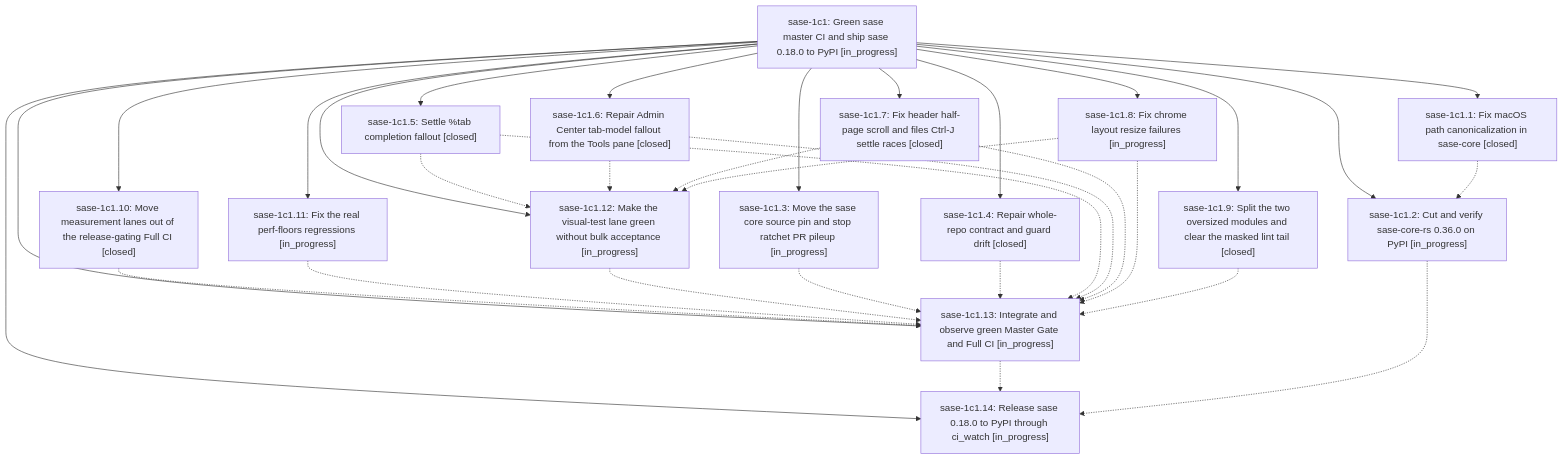
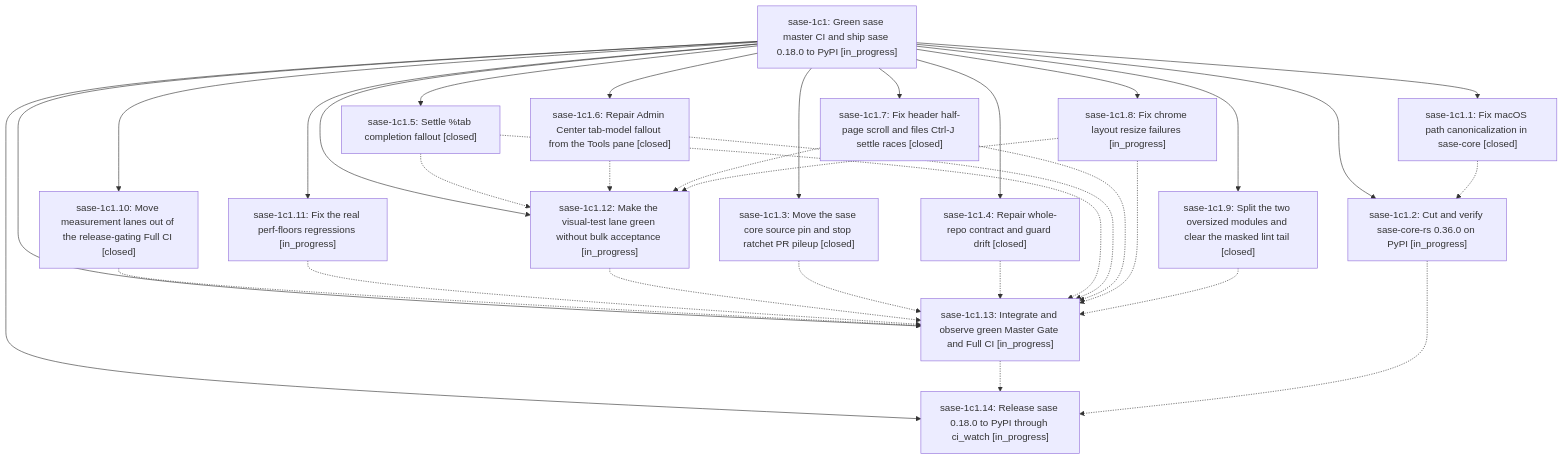
Before and after one commit to sase-org/sase--beads: the diagram in pages/sase-1c1/README.md, drawn with Mermaid. The commit also changed other lines of this file and 5 other files, not shown here.

````diff
--- a/pages/sase-1c1/README.md
+++ b/pages/sase-1c1/README.md
@@ -47,49 +47,49 @@
 ```mermaid
 flowchart TD
     n0["sase-1c1: Green sase master CI and ship sase 0.18.0 to PyPI [in_progress]"]
     n1["sase-1c1.1: Fix macOS path canonicalization in sase-core [closed]"]
     n2["sase-1c1.10: Move measurement lanes out of the release-gating Full CI [closed]"]
     n3["sase-1c1.11: Fix the real perf-floors regressions [in_progress]"]
     n4["sase-1c1.12: Make the visual-test lane green without bulk acceptance [in_progress]"]
     n5["sase-1c1.13: Integrate and observe green Master Gate and Full CI [in_progress]"]
     n6["sase-1c1.14: Release sase 0.18.0 to PyPI through ci_watch [in_progress]"]
     n7["sase-1c1.2: Cut and verify sase-core-rs 0.36.0 on PyPI [in_progress]"]
-    n8["sase-1c1.3: Move the sase core source pin and stop ratchet PR pileup [in_progress]"]
+    n8["sase-1c1.3: Move the sase core source pin and stop ratchet PR pileup [closed]"]
     n9["sase-1c1.4: Repair whole-repo contract and guard drift [closed]"]
     n10["sase-1c1.5: Settle %tab completion fallout [closed]"]
     n11["sase-1c1.6: Repair Admin Center tab-model fallout from the Tools pane [closed]"]
     n12["sase-1c1.7: Fix header half-page scroll and files Ctrl-J settle races [closed]"]
     n13["sase-1c1.8: Fix chrome layout resize failures [in_progress]"]
     n14["sase-1c1.9: Split the two oversized modules and clear the masked lint tail [closed]"]
     n0 --> n1
     n0 --> n2
     n0 --> n3
     n0 --> n4
     n0 --> n5
     n0 --> n6
     n0 --> n7
     n0 --> n8
     n0 --> n9
     n0 --> n10
     n0 --> n11
     n0 --> n12
     n0 --> n13
     n0 --> n14
     n1 -.-> n7
     n2 -.-> n5
     n3 -.-> n5
     n4 -.-> n5
     n5 -.-> n6
     n7 -.-> n6
     n8 -.-> n5
     n9 -.-> n5
     n10 -.-> n4
     n10 -.-> n5
     n11 -.-> n4
     n11 -.-> n5
     n12 -.-> n4
     n12 -.-> n5
     n13 -.-> n4
     n13 -.-> n5
     n14 -.-> n5
 ```
````
